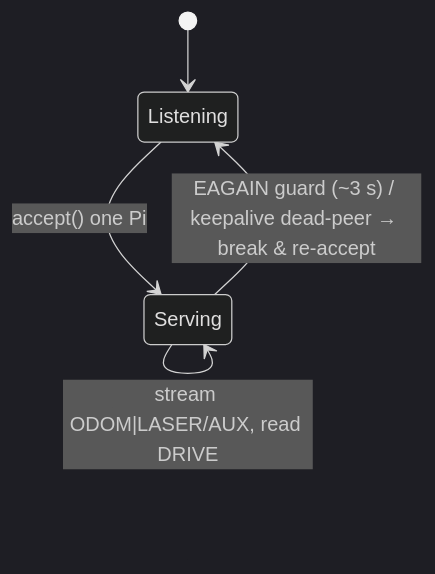
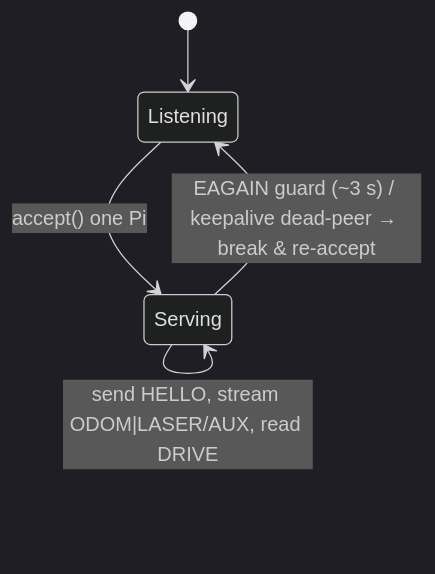
The third of 7 diagrams in docs/internals/state-machines.md (cmu-impactlab/patrolbot), drawn with Mermaid (dark theme) before and after one commit. The commit also changed other lines of this file and 39 other files, not shown here.

````diff
--- a/docs/internals/state-machines.md
+++ b/docs/internals/state-machines.md
@@ -61,7 +61,7 @@
 ```mermaid
 stateDiagram-v2
     [*] --> Listening
     Listening --> Serving: accept() one Pi
-    Serving --> Serving: stream ODOM|LASER/AUX, read DRIVE
+    Serving --> Serving: send HELLO, stream ODOM|LASER/AUX, read DRIVE
     Serving --> Listening: EAGAIN guard (~3 s) / keepalive dead-peer → break & re-accept
 ```
````
